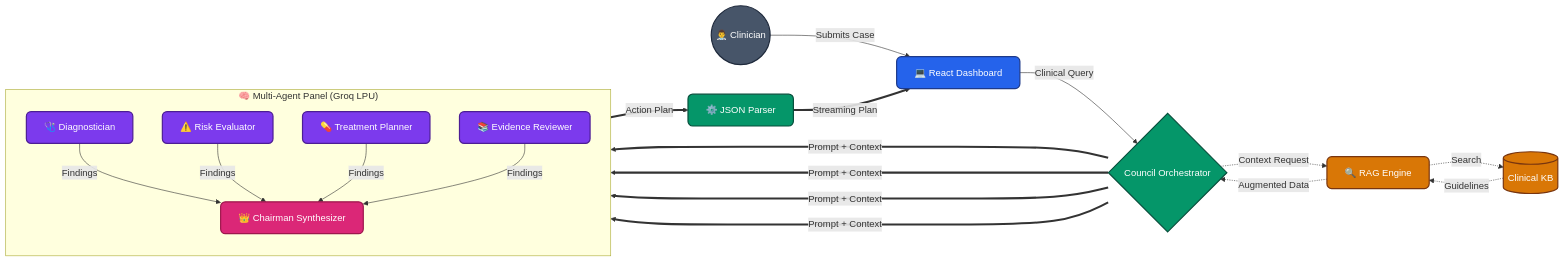
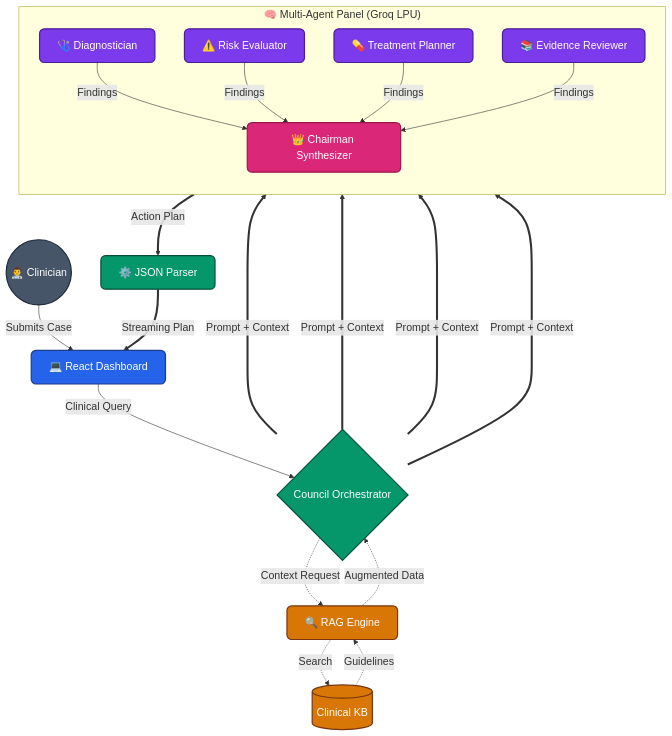
One commit to akashdeep070/Med-Council-LLM changed the diagram in README.md. Above: the diagram before and after it, drawn with Mermaid.

Commit message:
Make architecture image bigger

````diff
--- a/README.md
+++ b/README.md
@@ -36,53 +36,54 @@
 ```mermaid
-graph LR
+%%{init: {"themeVariables": {"fontSize": "18px"}}}%%
+graph TD
     classDef ui fill:#2563EB,stroke:#1E3A8A,stroke-width:2px,color:#fff,rx:8,ry:8;
     classDef router fill:#059669,stroke:#064E3B,stroke-width:2px,color:#fff,rx:8,ry:8;
     classDef rag fill:#D97706,stroke:#78350F,stroke-width:2px,color:#fff,rx:8,ry:8;
     classDef agent fill:#7C3AED,stroke:#4C1D95,stroke-width:2px,color:#fff,rx:8,ry:8;
     classDef chair fill:#DB2777,stroke:#9D174D,stroke-width:2px,color:#fff,rx:8,ry:8;
     classDef user fill:#475569,stroke:#1E293B,stroke-width:2px,color:#fff,rx:20,ry:20;
 
     %% Nodes
     User(("👨‍⚕️ Clinician")):::user
     Dashboard["💻 React Dashboard"]:::ui
     Orchestrator{"Council Orchestrator"}:::router
     RAG["🔍 RAG Engine"]:::rag
     KB[("Clinical KB")]:::rag
     
     subgraph Panel ["🧠 Multi-Agent Panel (Groq LPU)"]
         direction TB
         Agent1["🩺 Diagnostician"]:::agent
         Agent2["⚠️ Risk Evaluator"]:::agent
         Agent3["💊 Treatment Planner"]:::agent
         Agent4["📚 Evidence Reviewer"]:::agent
         Chairman["👑 Chairman Synthesizer"]:::chair
     end
     
     Parser["⚙️ JSON Parser"]:::router
 
     %% Flow
     User -->|"Submits Case"| Dashboard
     Dashboard -->|"Clinical Query"| Orchestrator
     
     %% RAG Loop
     Orchestrator -.->|"Context Request"| RAG
     RAG -.->|"Search"| KB
     KB -.->|"Guidelines"| RAG
     RAG -.->|"Augmented Data"| Orchestrator
     
     %% Agent Fan-out
     Orchestrator ==>|"Prompt + Context"| Agent1
     Orchestrator ==>|"Prompt + Context"| Agent2
     Orchestrator ==>|"Prompt + Context"| Agent3
     Orchestrator ==>|"Prompt + Context"| Agent4
     
     %% Agent Fan-in
     Agent1 -->|"Findings"| Chairman
     Agent2 -->|"Findings"| Chairman
     Agent3 -->|"Findings"| Chairman
     Agent4 -->|"Findings"| Chairman
     
     %% Resolution
     Chairman ==>|"Action Plan"| Parser
     Parser ==>|"Streaming Plan"| Dashboard
 ```
````
